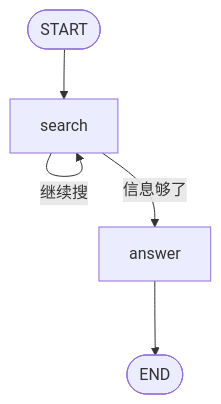
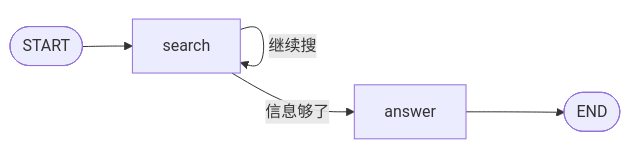
The first of 2 diagrams in 04-react-vs-executor-critic/README.md (wanghesong2019/langgraph-in-action), drawn with Mermaid before and after one commit. The commit also changed other lines of this file, not shown here.

Commit message:
style: 第 4 讲两张流程图改 LR 横向布局（更宽、视觉更居中）

````diff
--- a/04-react-vs-executor-critic/README.md
+++ b/04-react-vs-executor-critic/README.md
@@ -115,7 +115,7 @@
 ```mermaid
-graph TD
+graph LR
     ST([START]) --> SE[search]
     SE -->|继续搜| SE
     SE -->|信息够了| AN[answer]
     AN --> EN([END])
 ```
````
